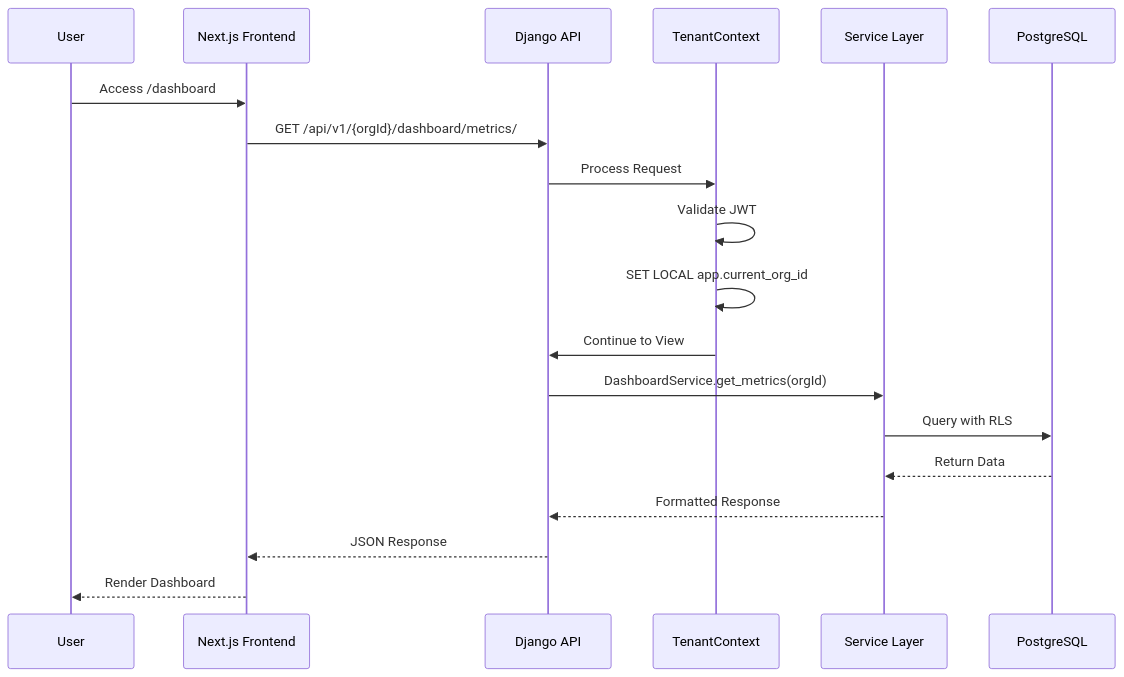
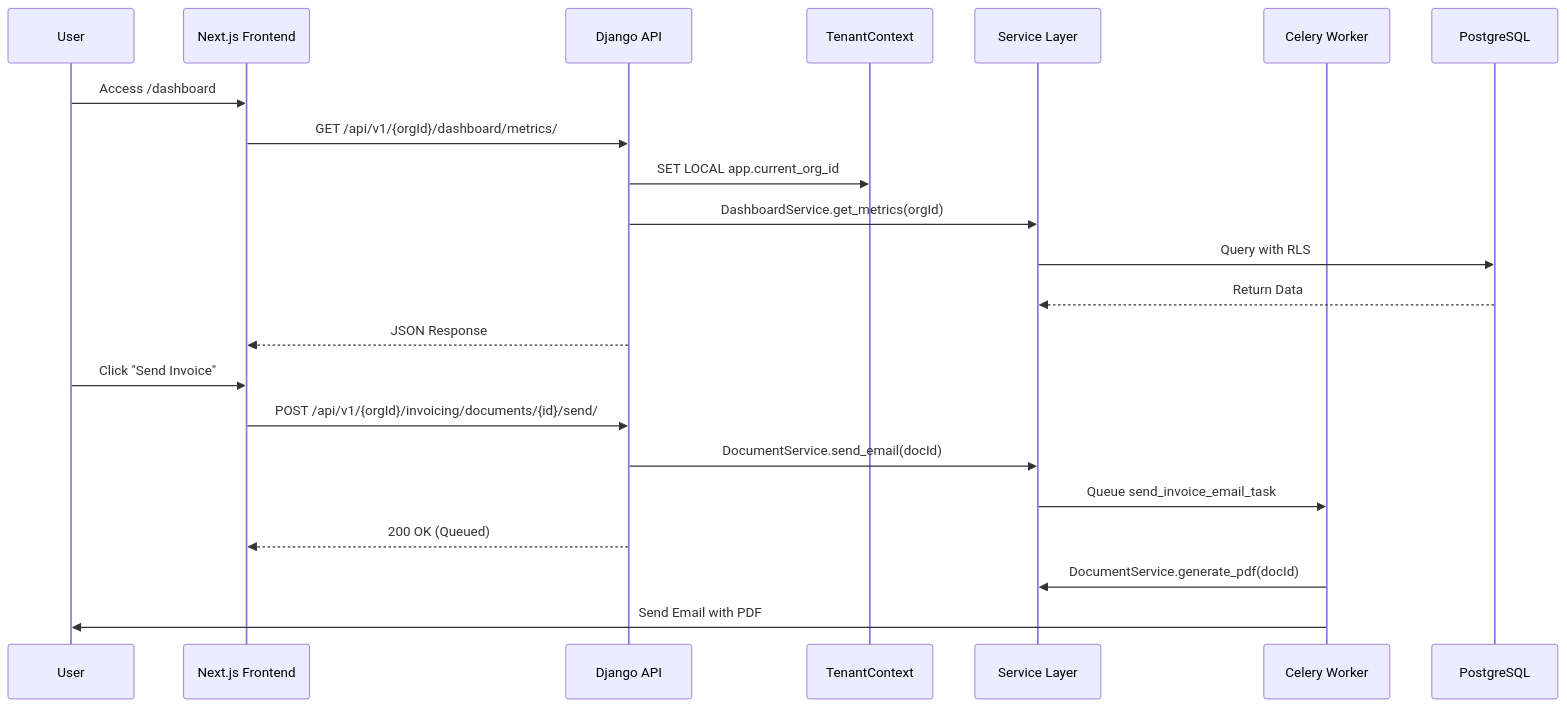
One commit to nordeim/SG-SMB-Accounting changed the second of 2 diagrams in Project_Architecture_Document.md. Above: the diagram before and after it, drawn with Mermaid. The commit also changed other lines of this file and 34 other files, not shown here.

Commit message:
PDF and Email added

````diff
--- a/Project_Architecture_Document.md
+++ b/Project_Architecture_Document.md
@@ -95,22 +95,26 @@
 ```mermaid
 sequenceDiagram
     participant User
     participant Frontend as Next.js Frontend
     participant API as Django API
     participant Middleware as TenantContext
     participant Service as Service Layer
+    participant Task as Celery Worker
     participant DB as PostgreSQL
 
     User->>Frontend: Access /dashboard
     Frontend->>API: GET /api/v1/{orgId}/dashboard/metrics/
-    API->>Middleware: Process Request
-    Middleware->>Middleware: Validate JWT
-    Middleware->>Middleware: SET LOCAL app.current_org_id
-    Middleware->>API: Continue to View
+    API->>Middleware: SET LOCAL app.current_org_id
     API->>Service: DashboardService.get_metrics(orgId)
     Service->>DB: Query with RLS
     DB-->>Service: Return Data
-    Service-->>API: Formatted Response
     API-->>Frontend: JSON Response
-    Frontend-->>User: Render Dashboard
+    
+    User->>Frontend: Click "Send Invoice"
+    Frontend->>API: POST /api/v1/{orgId}/invoicing/documents/{id}/send/
+    API->>Service: DocumentService.send_email(docId)
+    Service->>Task: Queue send_invoice_email_task
+    API-->>Frontend: 200 OK (Queued)
+    Task->>Service: DocumentService.generate_pdf(docId)
+    Task->>User: Send Email with PDF
 ```
````
